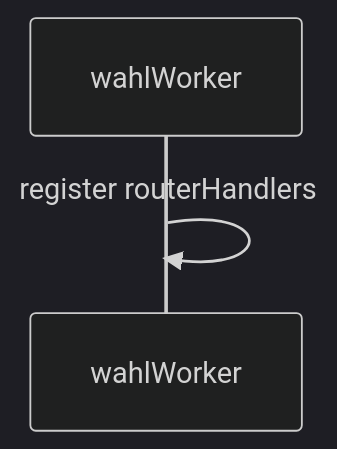
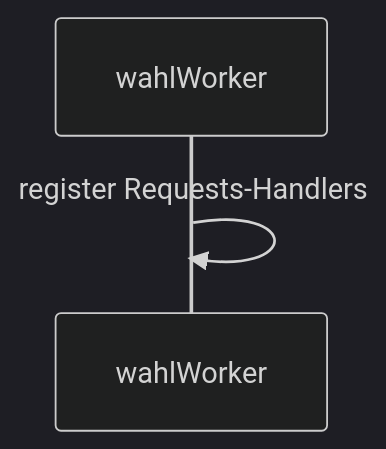
One commit to it-at-m/Wahllokalsystem changed the fifth of 6 diagrams in docs/src/technik/systemspecification/frontend/offlinefaehigkeit-konzept.md. Above: the diagram before and after it, drawn with Mermaid (dark theme). The commit also changed other lines of this file, not shown here.

````diff
--- a/docs/src/technik/systemspecification/frontend/offlinefaehigkeit-konzept.md
+++ b/docs/src/technik/systemspecification/frontend/offlinefaehigkeit-konzept.md
@@ -318,6 +318,6 @@
 ```mermaid
 sequenceDiagram
     participant wahlWorker
 
-    wahlWorker ->> wahlWorker : register routerHandlers
+    wahlWorker ->> wahlWorker : register Requests-Handlers
 ```
````
